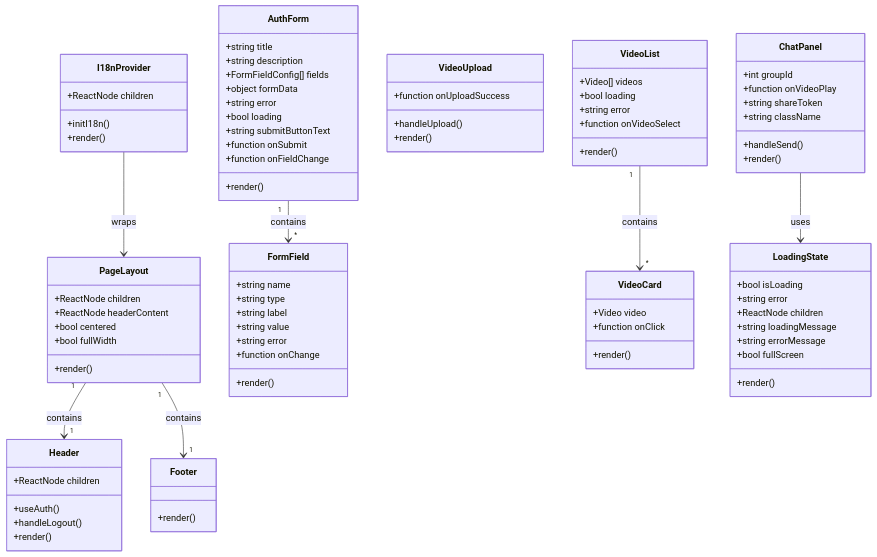
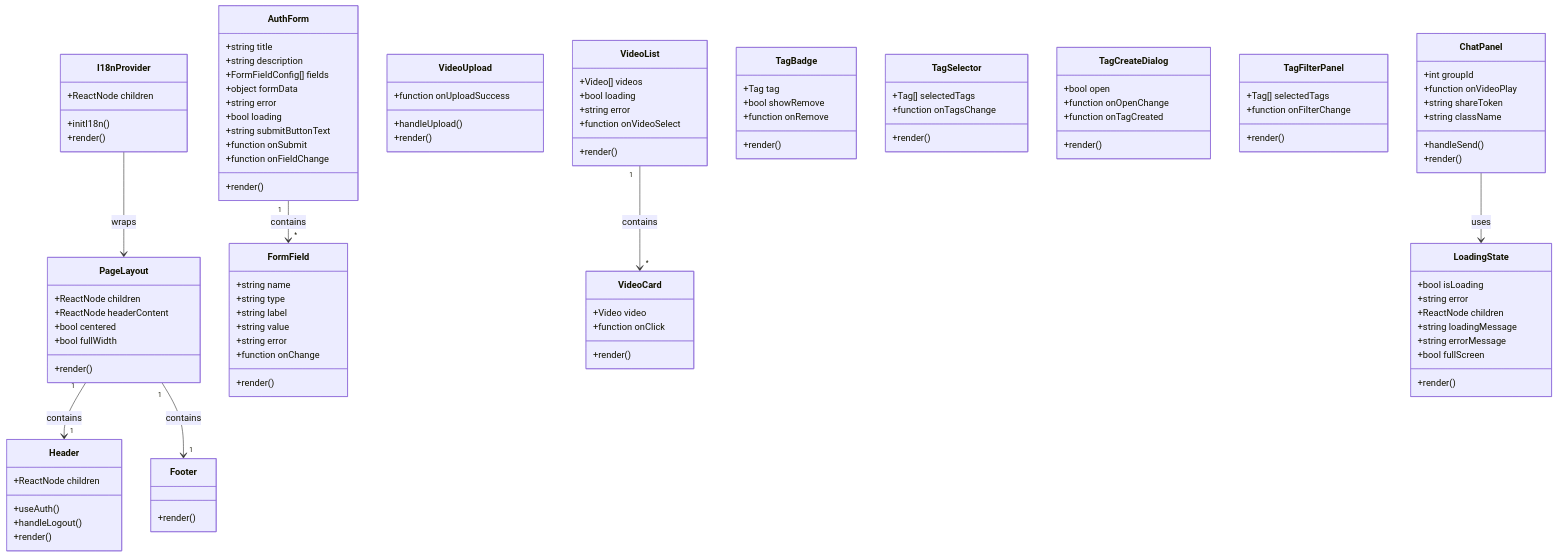
The second of 3 diagrams in docs/design/class-diagram.md (yukiharada1228/videoq), drawn with Mermaid before and after one commit. The commit also changed other lines of this file and 11 other files, not shown here.

```diff
--- a/docs/design/class-diagram.md
+++ b/docs/design/class-diagram.md
@@ -191,6 +211,32 @@
         +handleSend()
         +render()
     }
+
+    class TagBadge {
+        +Tag tag
+        +bool showRemove
+        +function onRemove
+        +render()
+    }
+
+    class TagSelector {
+        +Tag[] selectedTags
+        +function onTagsChange
+        +render()
+    }
+
+    class TagCreateDialog {
+        +bool open
+        +function onOpenChange
+        +function onTagCreated
+        +render()
+    }
+
+    class TagFilterPanel {
+        +Tag[] selectedTags
+        +function onFilterChange
+        +render()
+    }
     
     class LoadingState {
         +bool isLoading
```
